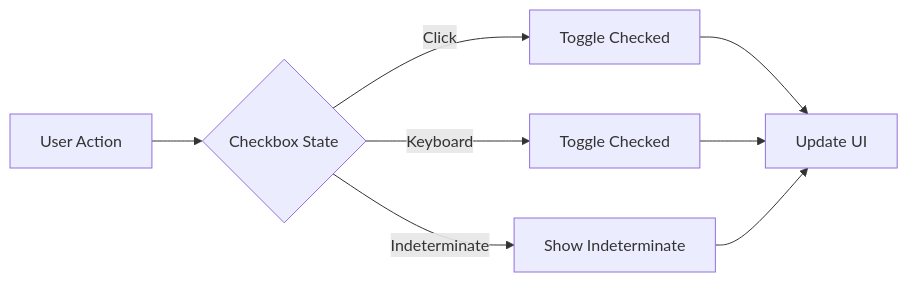
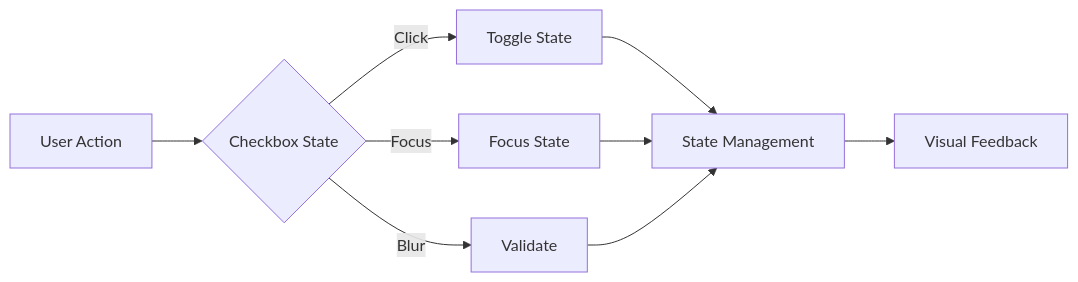
The third of 3 diagrams in DOCS/components/forms/Checkbox.md (gedeza/thrive-send), drawn with Mermaid before and after one commit. The commit also changed other lines of this file and 25 other files, not shown here.

````diff
--- a/DOCS/components/forms/Checkbox.md
+++ b/DOCS/components/forms/Checkbox.md
@@ -92,10 +131,13 @@
 ```mermaid
 graph LR
     A[User Action] --> B{Checkbox State}
-    B -->|Click| C[Toggle Checked]
-    B -->|Keyboard| D[Toggle Checked]
-    B -->|Indeterminate| E[Show Indeterminate]
-    C --> F[Update UI]
+    B -->|Click| C[Toggle State]
+    B -->|Focus| D[Focus State]
+    B -->|Blur| E[Validate]
+    
+    C --> F[State Management]
     D --> F
     E --> F
+    
+    F --> G[Visual Feedback]
 ```
````
